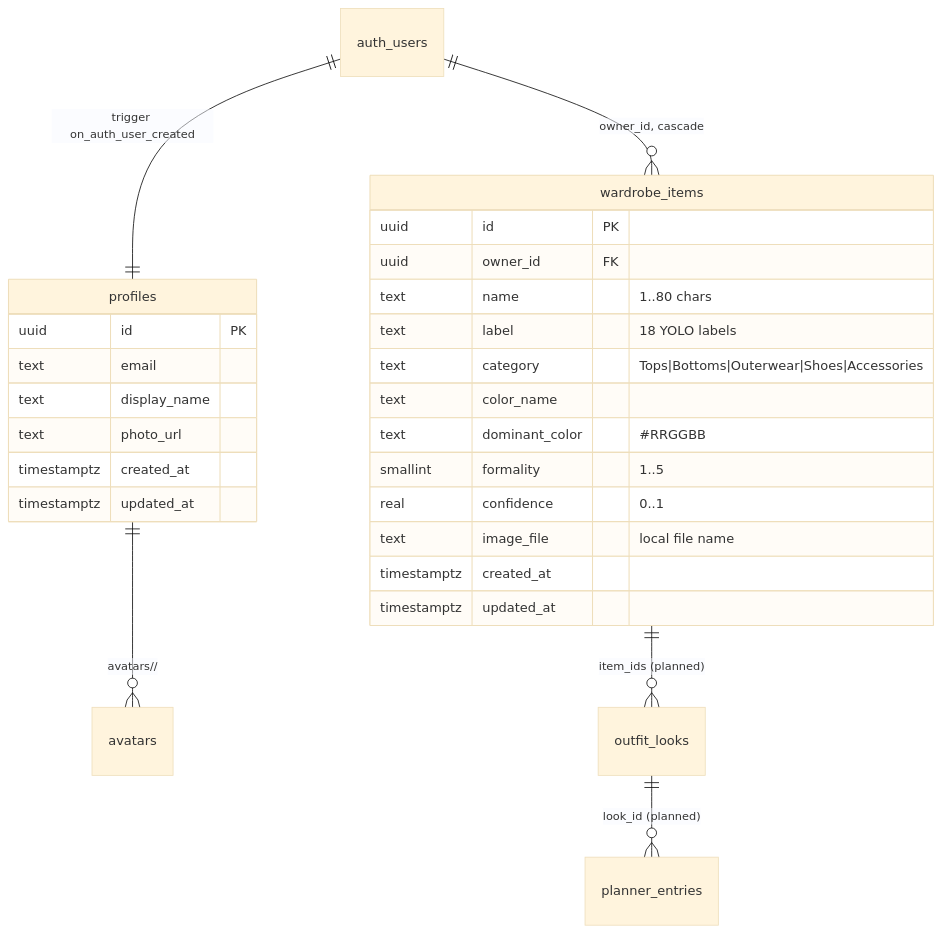
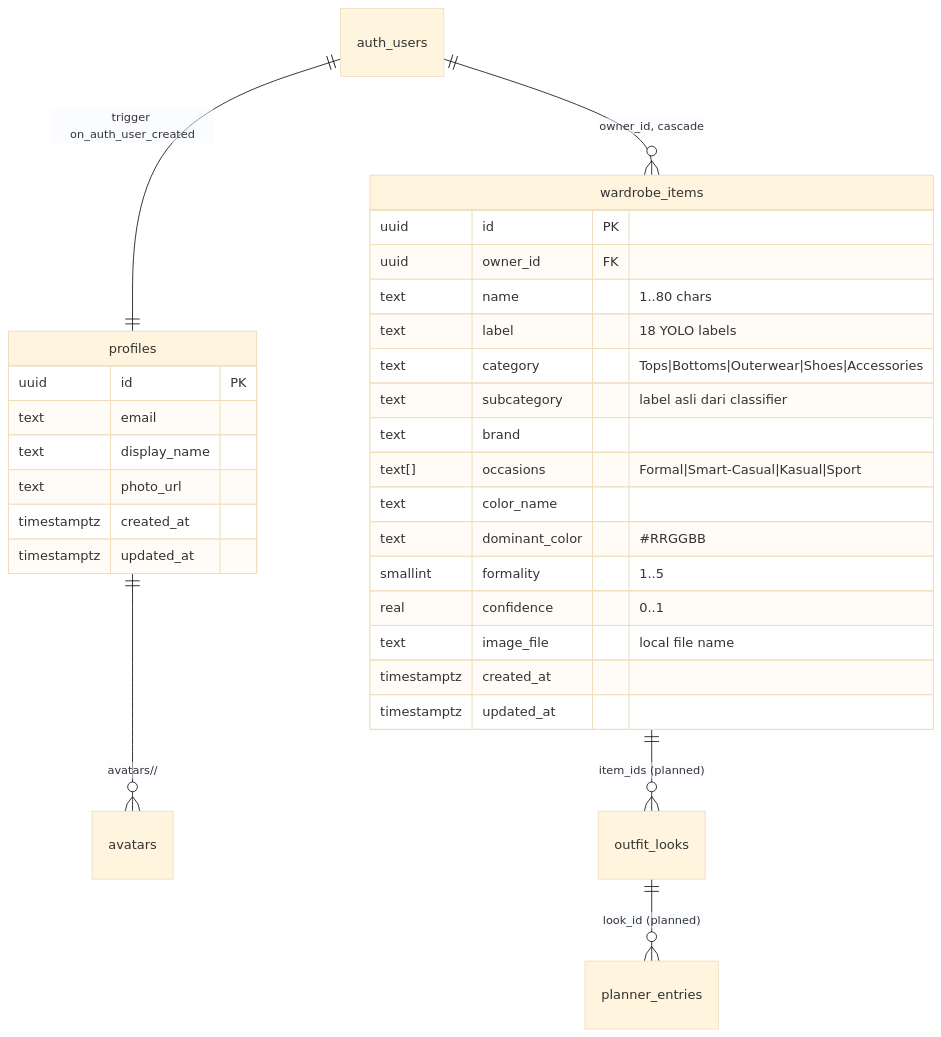
One commit to Destian0870/gayaku changed the diagram in supabase/README.md. Above: the diagram before and after it, drawn with Mermaid (base theme). The commit also changed other lines of this file and 9 other files, not shown here.

````diff
--- a/supabase/README.md
+++ b/supabase/README.md
@@ -18,31 +18,34 @@
 ```mermaid
 erDiagram
   auth_users ||--|| profiles : "trigger on_auth_user_created"
   auth_users ||--o{ wardrobe_items : "owner_id, cascade"
   profiles ||--o{ avatars : "avatars/<uid>/"
   wardrobe_items ||--o{ outfit_looks : "item_ids (planned)"
   outfit_looks ||--o{ planner_entries : "look_id (planned)"
 
   profiles {
     uuid id PK
     text email
     text display_name
     text photo_url
     timestamptz created_at
     timestamptz updated_at
   }
   wardrobe_items {
     uuid id PK
     uuid owner_id FK
     text name "1..80 chars"
     text label "18 YOLO labels"
     text category "Tops|Bottoms|Outerwear|Shoes|Accessories"
+    text subcategory "label asli dari classifier"
+    text brand
+    text[] occasions "Formal|Smart-Casual|Kasual|Sport"
     text color_name
     text dominant_color "#RRGGBB"
     smallint formality "1..5"
     real confidence "0..1"
     text image_file "local file name"
     timestamptz created_at
     timestamptz updated_at
   }
 ```
````
